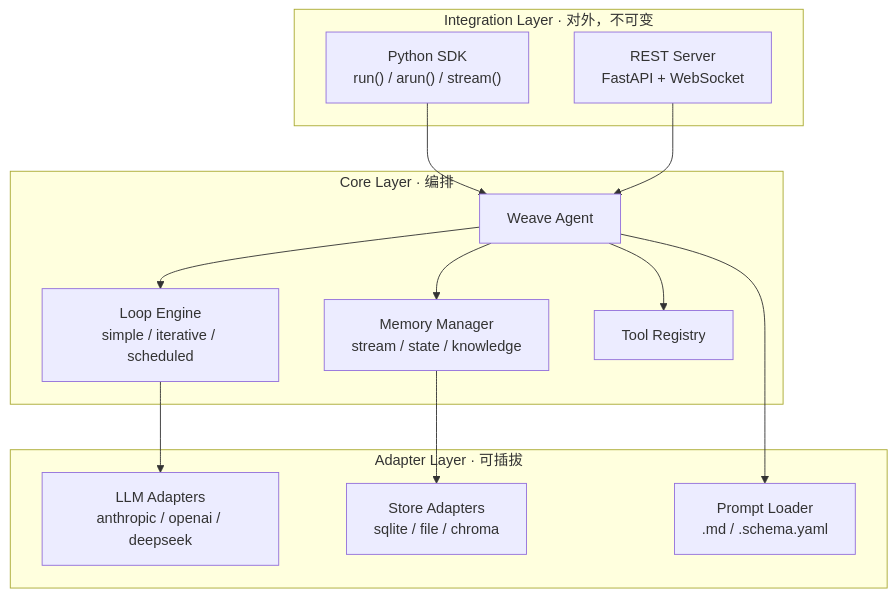
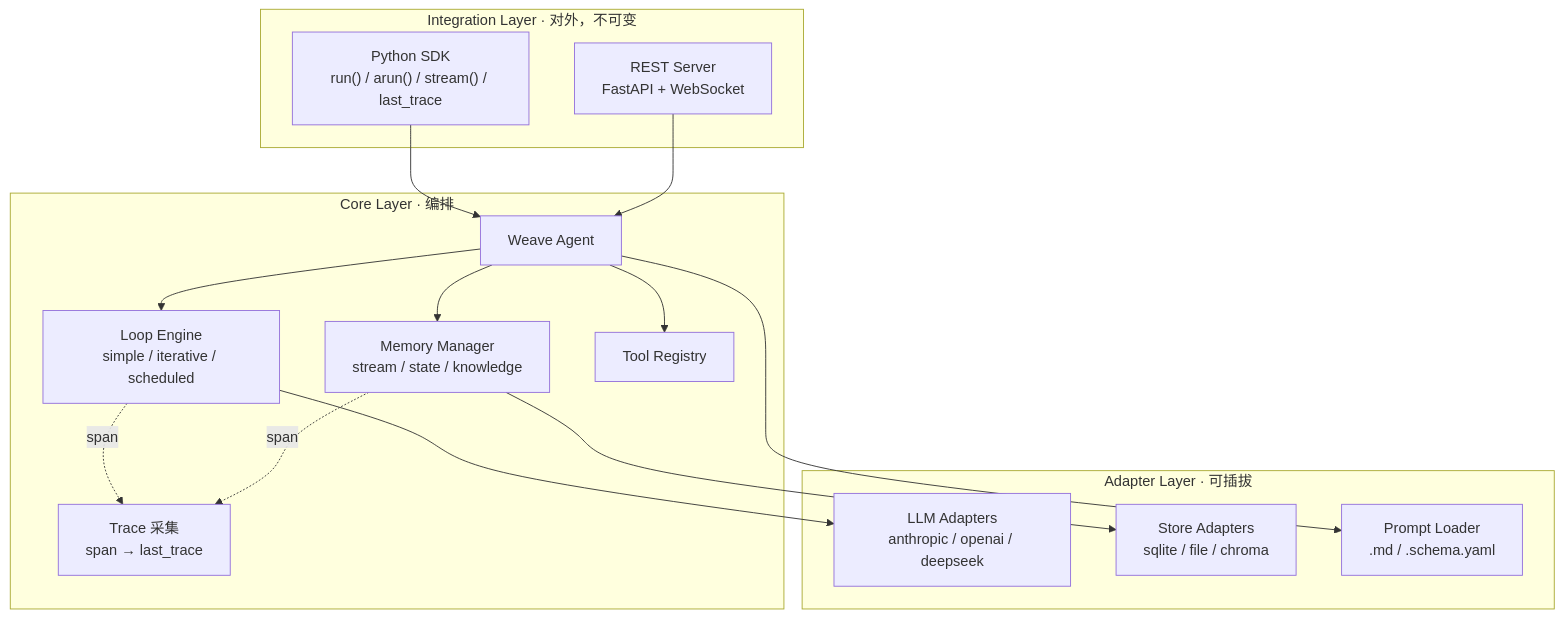
One commit to Asher0501/Weave changed the first of 2 diagrams in README.md. Above: the diagram before and after it, drawn with Mermaid. The commit also changed other lines of this file, not shown here.

First line of the commit message:
docs: README 补可观测性（架构图 + last_trace 用法）

````diff
--- a/README.md
+++ b/README.md
@@ -158,29 +158,32 @@
 ```mermaid
 flowchart TB
     subgraph Integration["Integration Layer · 对外，不可变"]
-        SDK["Python SDK<br/>run() / arun() / stream()"]
+        SDK["Python SDK<br/>run() / arun() / stream() / last_trace"]
         REST["REST Server<br/>FastAPI + WebSocket"]
     end
 
     subgraph Core["Core Layer · 编排"]
         Agent["Weave Agent"]
         Loop["Loop Engine<br/>simple / iterative / scheduled"]
         Memory["Memory Manager<br/>stream / state / knowledge"]
         Tools["Tool Registry"]
+        Trace["Trace 采集<br/>span → last_trace"]
     end
 
     subgraph Adapter["Adapter Layer · 可插拔"]
         LLM["LLM Adapters<br/>anthropic / openai / deepseek"]
         Store["Store Adapters<br/>sqlite / file / chroma"]
         Prompt["Prompt Loader<br/>.md / .schema.yaml"]
     end
 
     SDK --> Agent
     REST --> Agent
     Agent --> Loop
     Agent --> Memory
     Agent --> Tools
     Loop --> LLM
     Memory --> Store
     Agent --> Prompt
+    Loop -.span.-> Trace
+    Memory -.span.-> Trace
 ```
````
